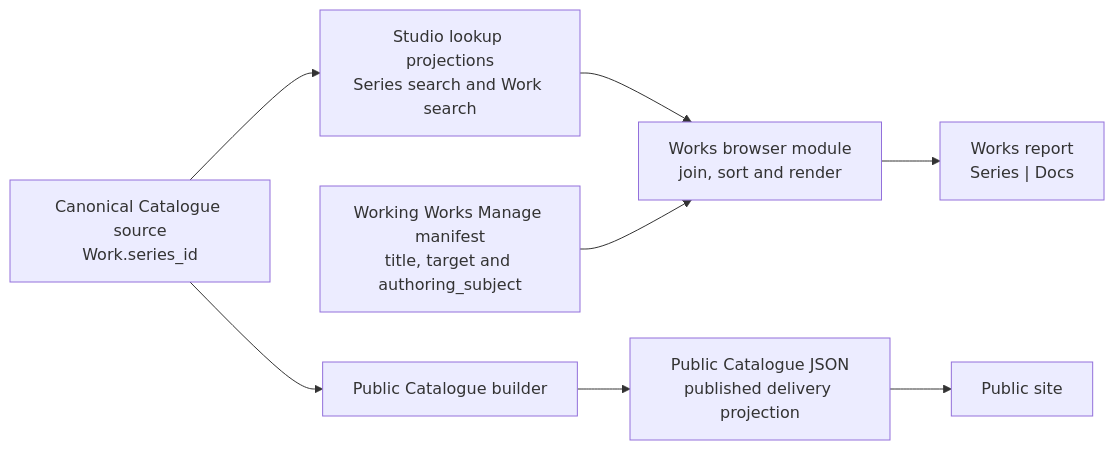
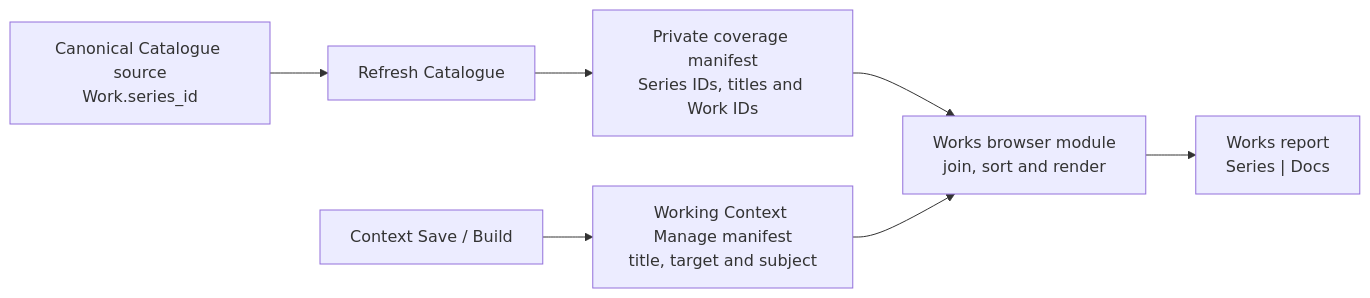
Before and after one commit to dotlineform/dotlineform-site: the diagram in documentation/studio/Works_Report_Concept_And_Architecture.md, drawn with Mermaid. The commit also changed other lines of this file and 16 other files, not shown here.

Commit message:
Work Document Coverage report now reads a private Refresh-owned manifest (/working/generated/catalogue/reports/work-document-coverage/manifest.json) plus generated Context data. Live Studio lookups and their unused-field validation are removed.

````diff
--- a/documentation/studio/Works_Report_Concept_And_Architecture.md
+++ b/documentation/studio/Works_Report_Concept_And_Architecture.md
@@ -25,19 +25,16 @@
 ```mermaid
 flowchart LR
     accTitle: Works report ownership and coverage flow
-    accDescr: The Works browser reads Studio Series and Work lookup responses plus the Working Works management manifest, joins member-Work subjects, and renders the local report without reading public Catalogue JSON.
+    accDescr: Studio Refresh writes a private Series membership manifest. The report joins it with the separately generated Context management manifest and renders local Series documentation coverage.
 
     canonical["Canonical Catalogue source<br/>Work.series_id"]
-    studioLookup["Studio lookup projections<br/>Series search and Work search"]
-    projects["Working Works Manage manifest<br/>title, target and authoring_subject"]
+    refresh["Refresh Catalogue"]
+    catalogueManifest["Private coverage manifest<br/>Series IDs, titles and Work IDs"]
+    docsBuild["Context Save / Build"]
+    projects["Working Context Manage manifest<br/>title, target and subject"]
     browser["Works browser module<br/>join, sort and render"]
     report["Works report<br/>Series | Docs"]
-    publicBuild["Public Catalogue builder"]
-    publicJson["Public Catalogue JSON<br/>published delivery projection"]
-    publicSite["Public site"]
-
-    canonical --> studioLookup --> browser
-    projects --> browser
+    canonical --> refresh --> catalogueManifest --> browser
+    docsBuild --> projects --> browser
     browser --> report
-    canonical --> publicBuild --> publicJson --> publicSite
 ```
````
